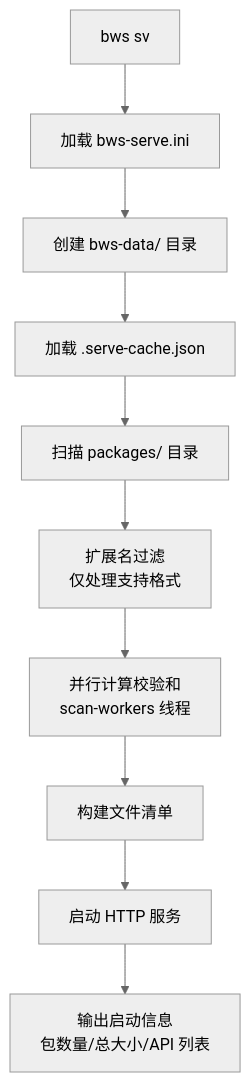
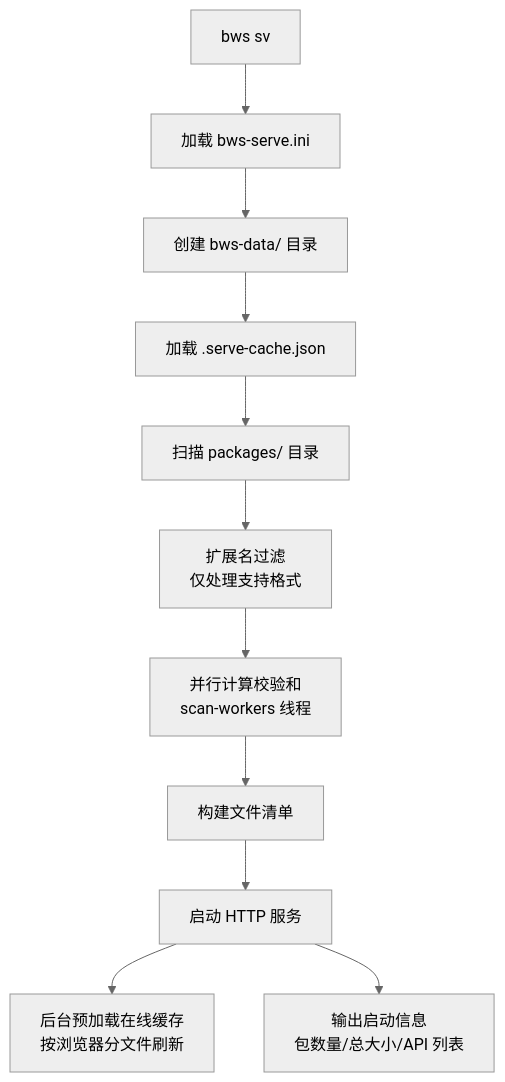
Before and after one commit to hyjiacan/browser-workshop: the sixth of 11 diagrams in docs/guide/design.md, drawn with Mermaid (neutral theme). The commit also changed other lines of this file and 47 other files, not shown here.

````diff
--- a/docs/guide/design.md
+++ b/docs/guide/design.md
@@ -226,23 +213,25 @@
 ```mermaid
 graph TB
     Start["bws sv"]
     LoadCfg["加载 bws-serve.ini"]
     EnsureDir["创建 bws-data/ 目录"]
     LoadCache["加载 .serve-cache.json"]
     ScanDir["扫描 packages/ 目录"]
     FilterExt["扩展名过滤<br/>仅处理支持格式"]
     Parallel["并行计算校验和<br/>scan-workers 线程"]
     BuildManifest["构建文件清单"]
+    PreloadCache["后台预加载在线缓存<br/>按浏览器分文件刷新"]
     StartHTTP["启动 HTTP 服务"]
     PrintInfo["输出启动信息<br/>包数量/总大小/API 列表"]
 
     Start --> LoadCfg
     LoadCfg --> EnsureDir
     EnsureDir --> LoadCache
     LoadCache --> ScanDir
     ScanDir --> FilterExt
     FilterExt --> Parallel
     Parallel --> BuildManifest
     BuildManifest --> StartHTTP
+    StartHTTP --> PreloadCache
     StartHTTP --> PrintInfo
 ```
````
